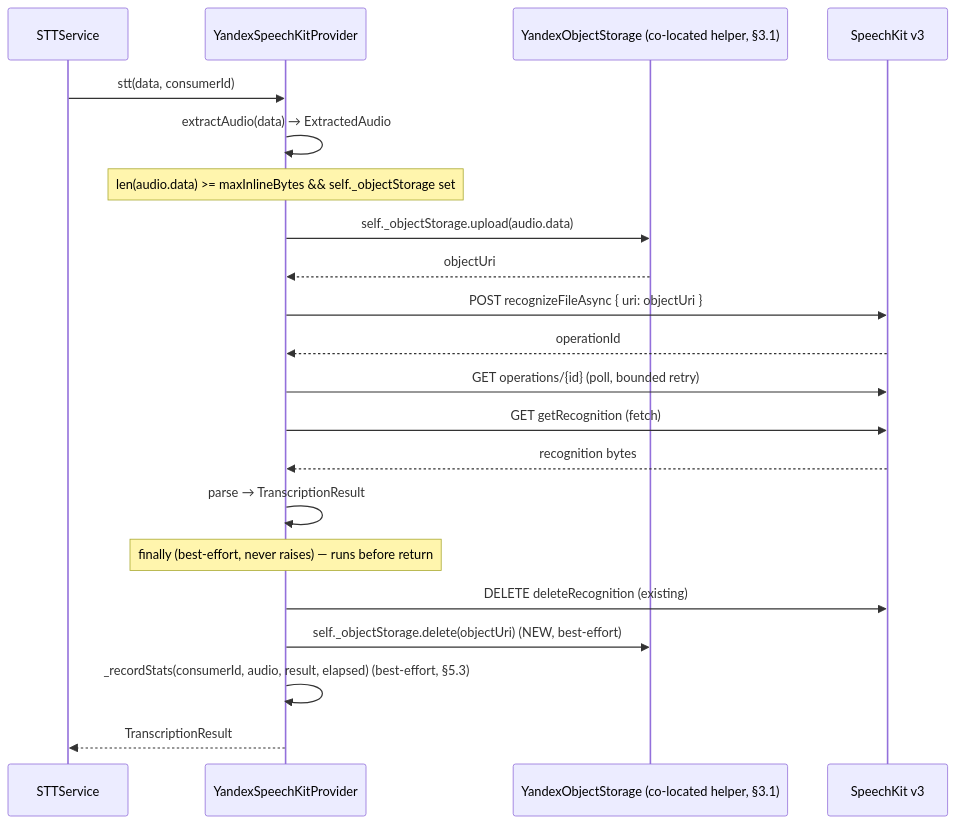
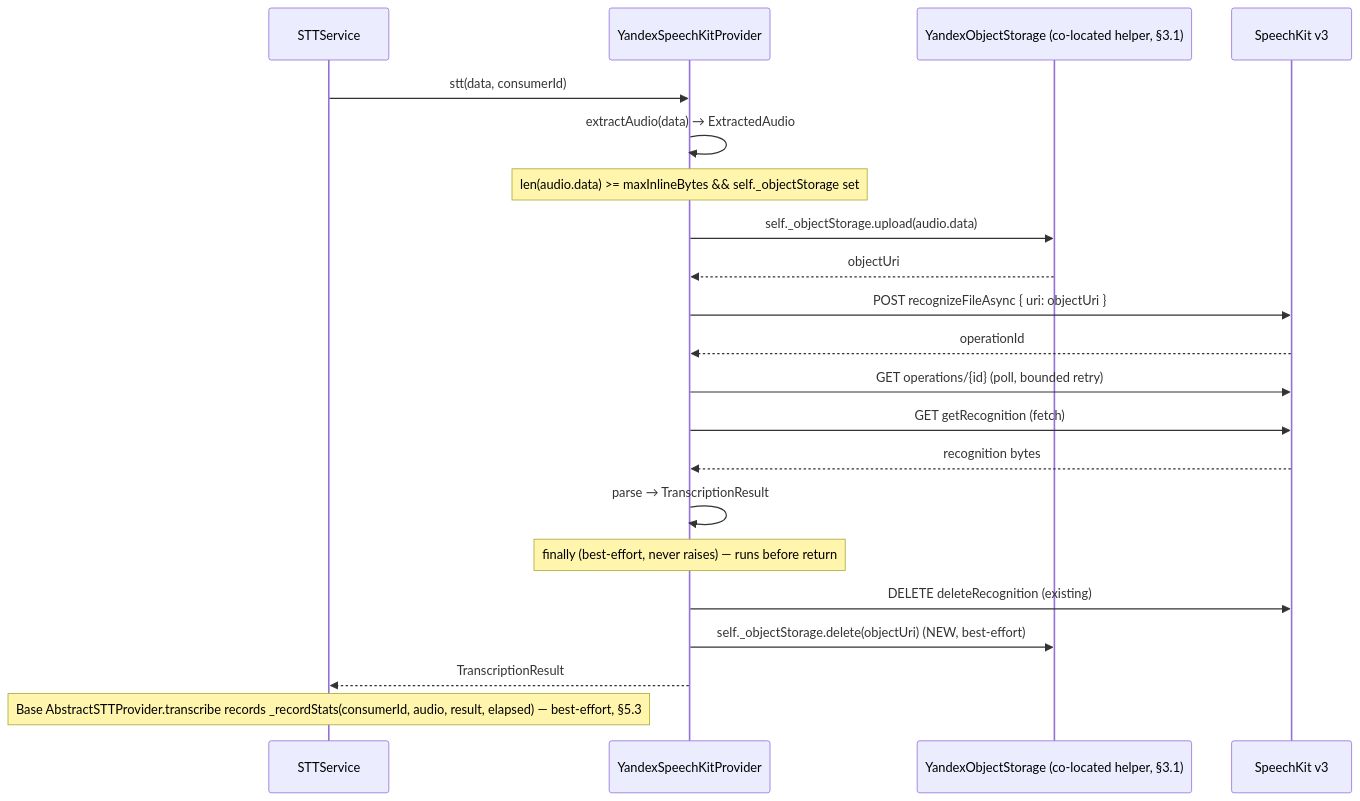
Before and after one commit to NotA-Company/gromozeka: the diagram in docs/design/stt-v1.1.md, drawn with Mermaid. The commit also changed other lines of this file and 12 other files, not shown here.

````diff
--- a/docs/design/stt-v1.1.md
+++ b/docs/design/stt-v1.1.md
@@ -651,24 +660,24 @@
 ```mermaid
 sequenceDiagram
     participant S as STTService
     participant P as YandexSpeechKitProvider
     participant OS as YandexObjectStorage (co-located helper, §3.1)
     participant Y as SpeechKit v3
 
     S->>P: stt(data, consumerId)
     P->>P: extractAudio(data) → ExtractedAudio
     Note over P: len(audio.data) >= maxInlineBytes && self._objectStorage set
     P->>OS: self._objectStorage.upload(audio.data)
     OS-->>P: objectUri
     P->>Y: POST recognizeFileAsync { uri: objectUri }
     Y-->>P: operationId
     P->>Y: GET operations/{id} (poll, bounded retry)
     P->>Y: GET getRecognition (fetch)
     Y-->>P: recognition bytes
     P->>P: parse → TranscriptionResult
     Note over P: finally (best-effort, never raises) — runs before return
     P->>Y: DELETE deleteRecognition (existing)
     P->>OS: self._objectStorage.delete(objectUri)  (NEW, best-effort)
-    P->>P: _recordStats(consumerId, audio, result, elapsed)  (best-effort, §5.3)
     P-->>S: TranscriptionResult
+    Note over S: Base AbstractSTTProvider.transcribe records _recordStats(consumerId, audio, result, elapsed) — best-effort, §5.3
 ```
````
